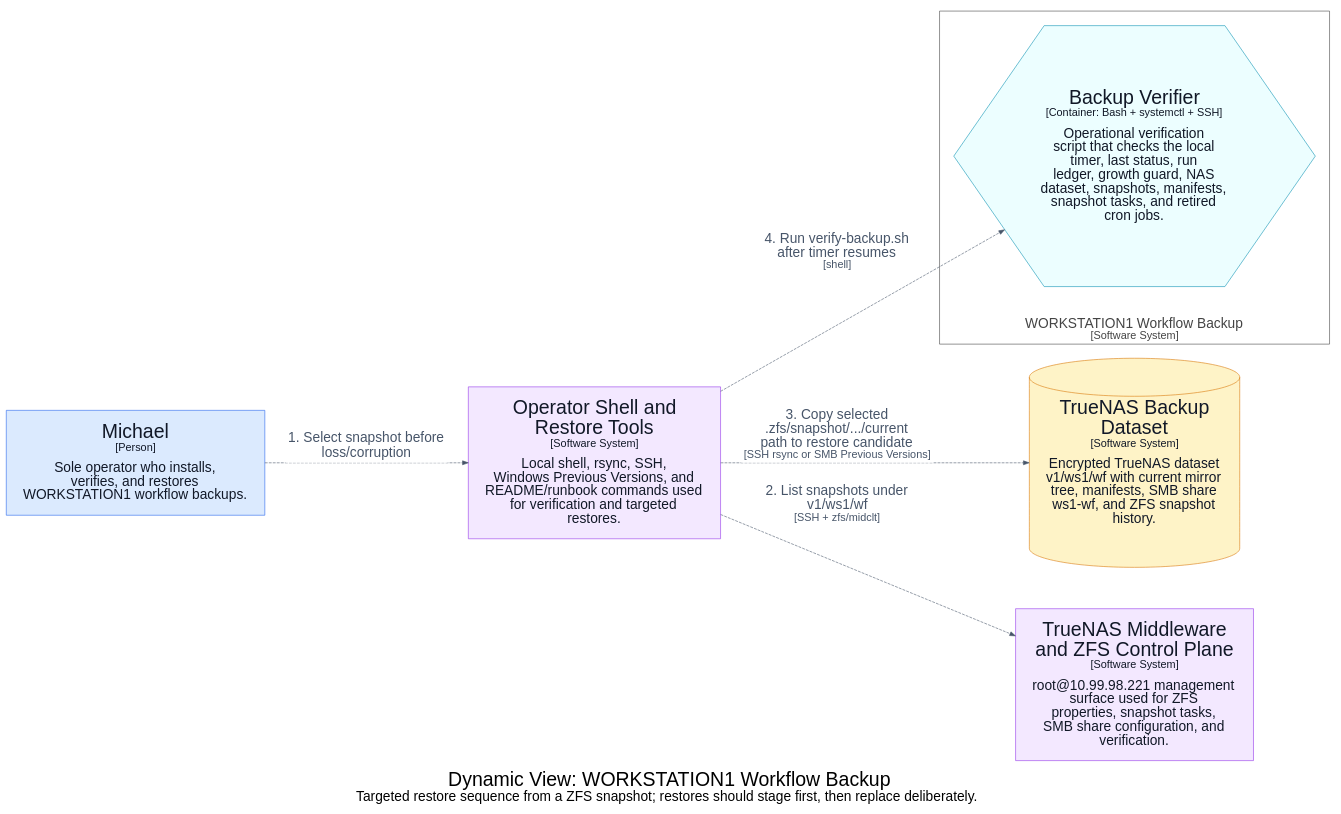
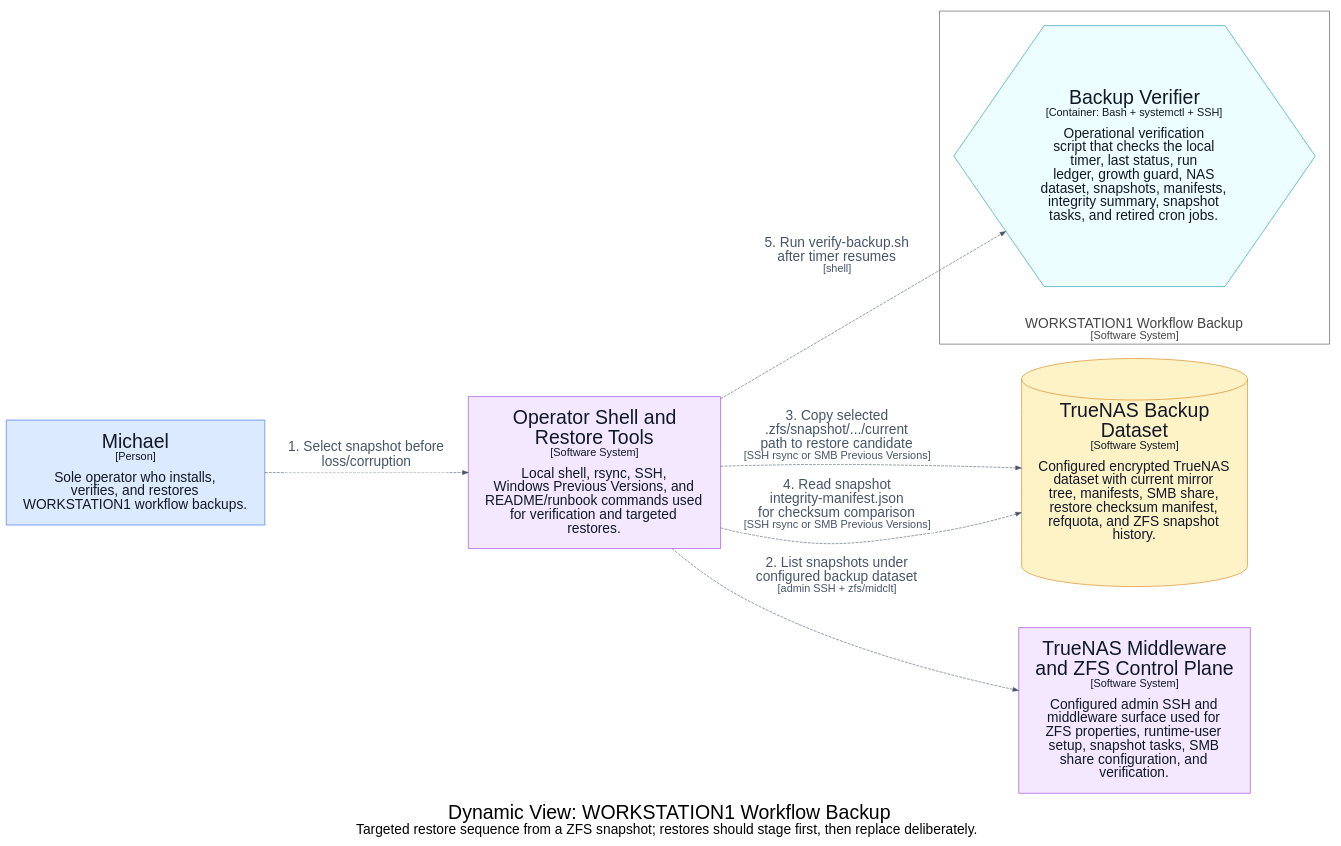
The diagram in docs/architecture/diagrams/dot/structurizr-TargetedRestoreFlow.dot (michaelnicks0/workstation-workflow-backup), drawn with Graphviz before and after one commit. The commit also changed 96 other files, not shown here.

Commit message:
backup: harden NAS runtime access

```diff
--- a/docs/architecture/diagrams/dot/structurizr-TargetedRestoreFlow.dot
+++ b/docs/architecture/diagrams/dot/structurizr-TargetedRestoreFlow.dot
@@ -1,29 +1,30 @@
 digraph {
   compound=true
   graph [fontname="Arial", rankdir=LR, ranksep=1.0, nodesep=1.0]
   node [fontname="Arial", shape=box, margin="0.4,0.3"]
   edge [fontname="Arial"]
   label=<<br /><font point-size="34">Dynamic View: WORKSTATION1 Workflow Backup</font><br /><font point-size="24">Targeted restore sequence from a ZFS snapshot; restores should stage first, then replace deliberately.</font>>
 
   subgraph cluster_2 {
     margin=25
     label=<<font point-size="24"><br />WORKSTATION1 Workflow Backup</font><br /><font point-size="19">[Software System]</font>>
     labelloc=b
     color="#444444"
     fontcolor="#444444"
     fillcolor="#444444"
 
-    19 [id=19,shape=hexagon, label=<<font point-size="34">Backup Verifier</font><br /><font point-size="19">[Container: Bash + systemctl + SSH]</font><br /><br /><font point-size="24">Operational verification<br />script that checks the local<br />timer, last status, run<br />ledger, growth guard, NAS<br />dataset, snapshots, manifests,<br />snapshot tasks, and retired<br />cron jobs.</font>>, style=filled, color="#0891b2", fillcolor="#ecfeff", fontcolor="#111827"]
+    23 [id=23,shape=hexagon, label=<<font point-size="34">Backup Verifier</font><br /><font point-size="19">[Container: Bash + systemctl + SSH]</font><br /><br /><font point-size="24">Operational verification<br />script that checks the local<br />timer, last status, run<br />ledger, growth guard, NAS<br />dataset, snapshots, manifests,<br />integrity summary, snapshot<br />tasks, and retired cron jobs.</font>>, style=filled, color="#0891b2", fillcolor="#ecfeff", fontcolor="#111827"]
   }
 
   1 [id=1,shape=rect, label=<<font point-size="34">Michael</font><br /><font point-size="19">[Person]</font><br /><br /><font point-size="24">Sole operator who installs,<br />verifies, and restores<br />WORKSTATION1 workflow backups.</font>>, style=filled, color="#2563eb", fillcolor="#dbeafe", fontcolor="#111827"]
-  24 [id=24,shape=cylinder, label=<<font point-size="34">TrueNAS Backup<br />Dataset</font><br /><font point-size="19">[Software System]</font><br /><br /><font point-size="24">Encrypted TrueNAS dataset<br />v1/ws1/wf with current mirror<br />tree, manifests, SMB share<br />ws1-wf, and ZFS snapshot<br />history.</font>>, style=filled, color="#d97706", fillcolor="#fef3c7", fontcolor="#111827"]
-  25 [id=25,shape=rect, label=<<font point-size="34">TrueNAS Middleware<br />and ZFS Control Plane</font><br /><font point-size="19">[Software System]</font><br /><br /><font point-size="24">root@10.99.98.221 management<br />surface used for ZFS<br />properties, snapshot tasks,<br />SMB share configuration, and<br />verification.</font>>, style=filled, color="#9333ea", fillcolor="#f3e8ff", fontcolor="#111827"]
-  28 [id=28,shape=rect, label=<<font point-size="34">Operator Shell and<br />Restore Tools</font><br /><font point-size="19">[Software System]</font><br /><br /><font point-size="24">Local shell, rsync, SSH,<br />Windows Previous Versions, and<br />README/runbook commands used<br />for verification and targeted<br />restores.</font>>, style=filled, color="#9333ea", fillcolor="#f3e8ff", fontcolor="#111827"]
+  28 [id=28,shape=cylinder, label=<<font point-size="34">TrueNAS Backup<br />Dataset</font><br /><font point-size="19">[Software System]</font><br /><br /><font point-size="24">Configured encrypted TrueNAS<br />dataset with current mirror<br />tree, manifests, SMB share,<br />restore checksum manifest,<br />refquota, and ZFS snapshot<br />history.</font>>, style=filled, color="#d97706", fillcolor="#fef3c7", fontcolor="#111827"]
+  29 [id=29,shape=rect, label=<<font point-size="34">TrueNAS Middleware<br />and ZFS Control Plane</font><br /><font point-size="19">[Software System]</font><br /><br /><font point-size="24">Configured admin SSH and<br />middleware surface used for<br />ZFS properties, runtime-user<br />setup, snapshot tasks, SMB<br />share configuration, and<br />verification.</font>>, style=filled, color="#9333ea", fillcolor="#f3e8ff", fontcolor="#111827"]
+  32 [id=32,shape=rect, label=<<font point-size="34">Operator Shell and<br />Restore Tools</font><br /><font point-size="19">[Software System]</font><br /><br /><font point-size="24">Local shell, rsync, SSH,<br />Windows Previous Versions, and<br />README/runbook commands used<br />for verification and targeted<br />restores.</font>>, style=filled, color="#9333ea", fillcolor="#f3e8ff", fontcolor="#111827"]
 
-  1 -> 28 [id=30, label=<<TABLE BORDER="0" CELLBORDER="0" CELLSPACING="0" CELLPADDING="4" BGCOLOR="white"><TR><TD><font point-size="24">1. Select snapshot before<br />loss/corruption</font></TD></TR></TABLE>>, style="dashed", color="#475569", fontcolor="#475569"]
-  28 -> 25 [id=33, label=<<TABLE BORDER="0" CELLBORDER="0" CELLSPACING="0" CELLPADDING="4" BGCOLOR="white"><TR><TD><font point-size="24">2. List snapshots under<br />v1/ws1/wf</font><br /><font point-size="19">[SSH + zfs/midclt]</font></TD></TR></TABLE>>, style="dashed", color="#475569", fontcolor="#475569"]
-  28 -> 24 [id=34, label=<<TABLE BORDER="0" CELLBORDER="0" CELLSPACING="0" CELLPADDING="4" BGCOLOR="white"><TR><TD><font point-size="24">3. Copy selected<br />.zfs/snapshot/.../current<br />path to restore candidate</font><br /><font point-size="19">[SSH rsync or SMB Previous Versions]</font></TD></TR></TABLE>>, style="dashed", color="#475569", fontcolor="#475569"]
-  28 -> 19 [id=32, label=<<TABLE BORDER="0" CELLBORDER="0" CELLSPACING="0" CELLPADDING="4" BGCOLOR="white"><TR><TD><font point-size="24">4. Run verify-backup.sh<br />after timer resumes</font><br /><font point-size="19">[shell]</font></TD></TR></TABLE>>, style="dashed", color="#475569", fontcolor="#475569"]
+  1 -> 32 [id=34, label=<<TABLE BORDER="0" CELLBORDER="0" CELLSPACING="0" CELLPADDING="4" BGCOLOR="white"><TR><TD><font point-size="24">1. Select snapshot before<br />loss/corruption</font></TD></TR></TABLE>>, style="dashed", color="#475569", fontcolor="#475569"]
+  32 -> 29 [id=37, label=<<TABLE BORDER="0" CELLBORDER="0" CELLSPACING="0" CELLPADDING="4" BGCOLOR="white"><TR><TD><font point-size="24">2. List snapshots under<br />configured backup dataset</font><br /><font point-size="19">[admin SSH + zfs/midclt]</font></TD></TR></TABLE>>, style="dashed", color="#475569", fontcolor="#475569"]
+  32 -> 28 [id=38, label=<<TABLE BORDER="0" CELLBORDER="0" CELLSPACING="0" CELLPADDING="4" BGCOLOR="white"><TR><TD><font point-size="24">3. Copy selected<br />.zfs/snapshot/.../current<br />path to restore candidate</font><br /><font point-size="19">[SSH rsync or SMB Previous Versions]</font></TD></TR></TABLE>>, style="dashed", color="#475569", fontcolor="#475569"]
+  32 -> 28 [id=38, label=<<TABLE BORDER="0" CELLBORDER="0" CELLSPACING="0" CELLPADDING="4" BGCOLOR="white"><TR><TD><font point-size="24">4. Read snapshot<br />integrity-manifest.json<br />for checksum comparison</font><br /><font point-size="19">[SSH rsync or SMB Previous Versions]</font></TD></TR></TABLE>>, style="dashed", color="#475569", fontcolor="#475569"]
+  32 -> 23 [id=36, label=<<TABLE BORDER="0" CELLBORDER="0" CELLSPACING="0" CELLPADDING="4" BGCOLOR="white"><TR><TD><font point-size="24">5. Run verify-backup.sh<br />after timer resumes</font><br /><font point-size="19">[shell]</font></TD></TR></TABLE>>, style="dashed", color="#475569", fontcolor="#475569"]
 
 }
```
